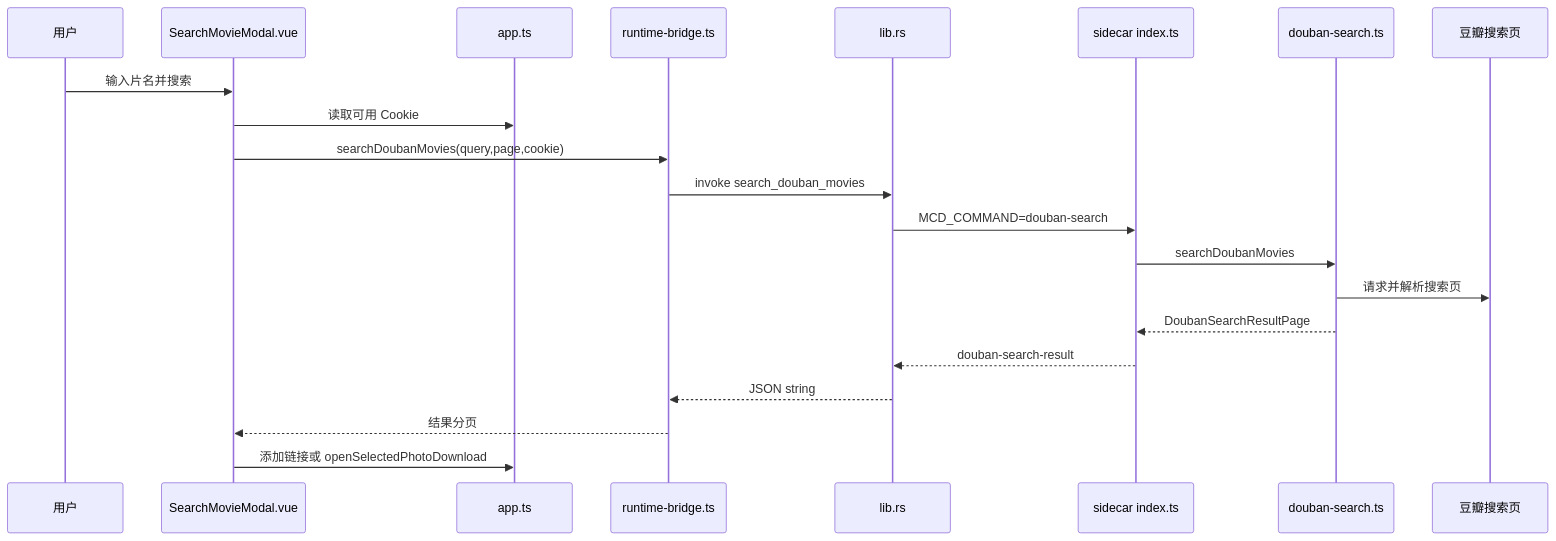
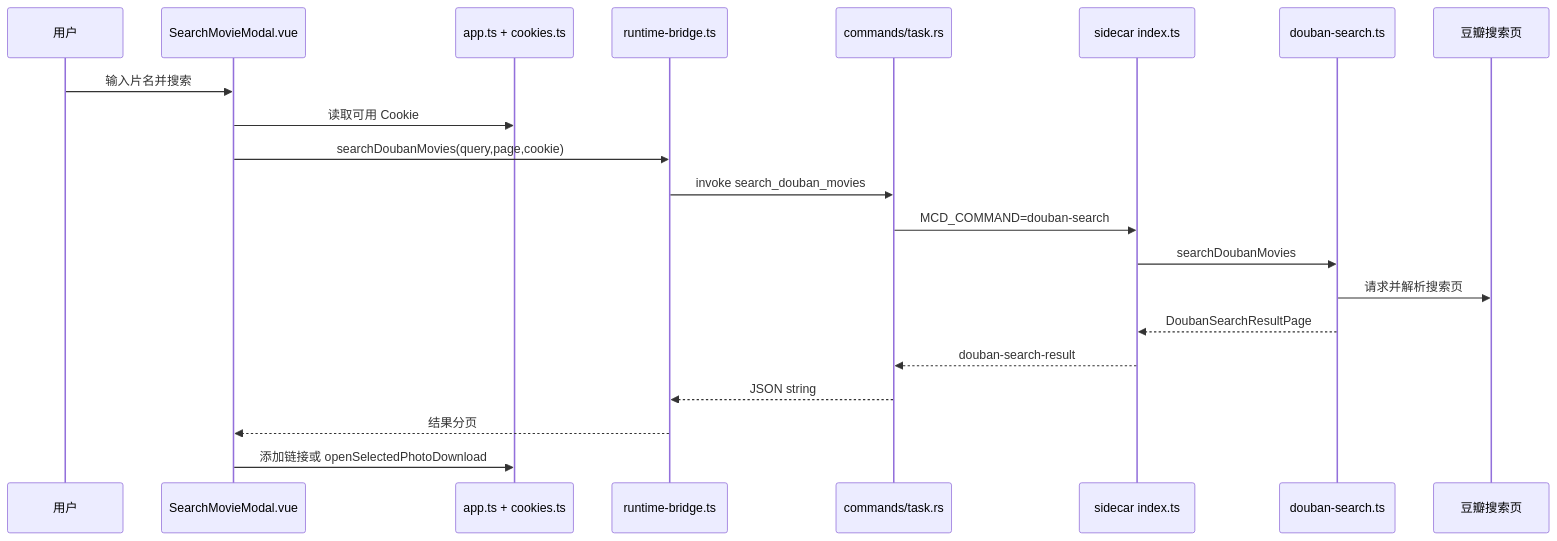
One commit to vdbvxcbcb/movie-cover-downloader changed the first of 9 diagrams in docs/ai-context/runtime-flows.md. Above: the diagram before and after it, drawn with Mermaid. The commit also changed other lines of this file and 7 other files, not shown here.

````diff
--- a/docs/ai-context/runtime-flows.md
+++ b/docs/ai-context/runtime-flows.md
@@ -18,24 +32,24 @@
 ```mermaid
 sequenceDiagram
   participant User as 用户
   participant Search as SearchMovieModal.vue
-  participant Store as app.ts
+  participant Store as app.ts + cookies.ts
   participant Bridge as runtime-bridge.ts
-  participant Tauri as lib.rs
+  participant Tauri as commands/task.rs
   participant Sidecar as sidecar index.ts
   participant SearchSvc as douban-search.ts
   participant Douban as 豆瓣搜索页
 
   User->>Search: 输入片名并搜索
   Search->>Store: 读取可用 Cookie
   Search->>Bridge: searchDoubanMovies(query,page,cookie)
   Bridge->>Tauri: invoke search_douban_movies
   Tauri->>Sidecar: MCD_COMMAND=douban-search
   Sidecar->>SearchSvc: searchDoubanMovies
   SearchSvc->>Douban: 请求并解析搜索页
   SearchSvc-->>Sidecar: DoubanSearchResultPage
   Sidecar-->>Tauri: douban-search-result
   Tauri-->>Bridge: JSON string
   Bridge-->>Search: 结果分页
   Search->>Store: 添加链接或 openSelectedPhotoDownload
 ```
````
